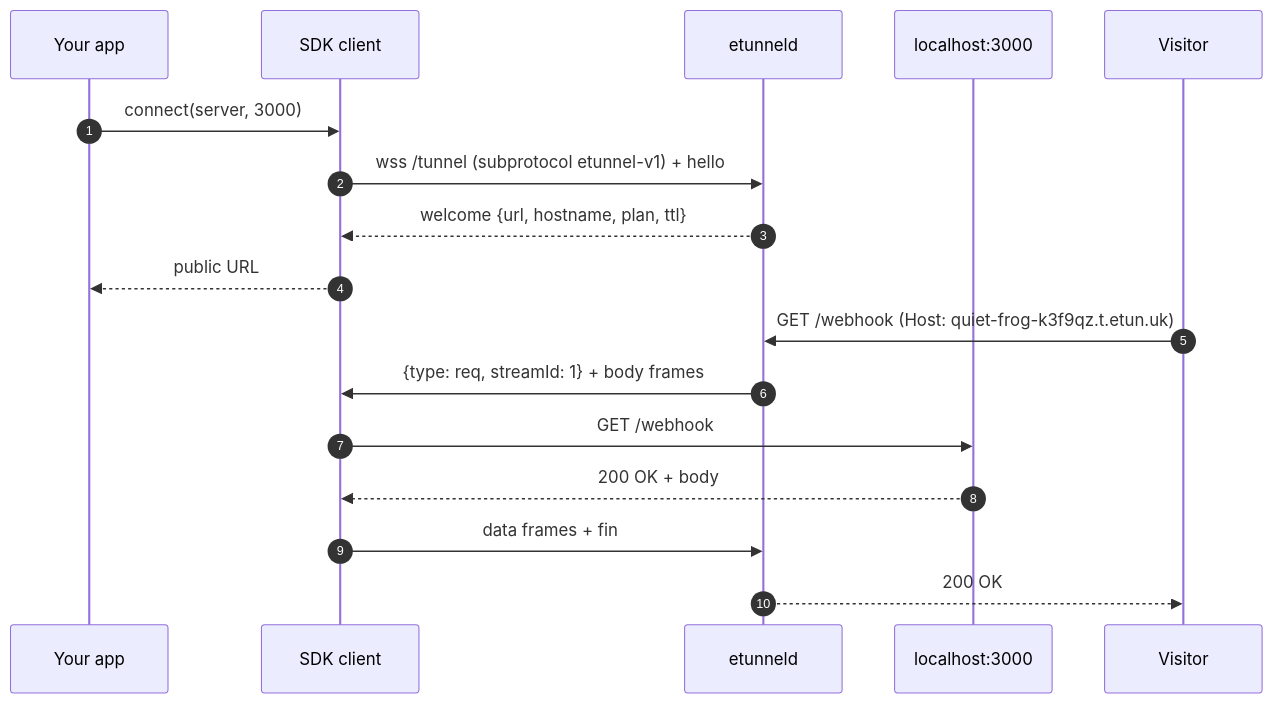
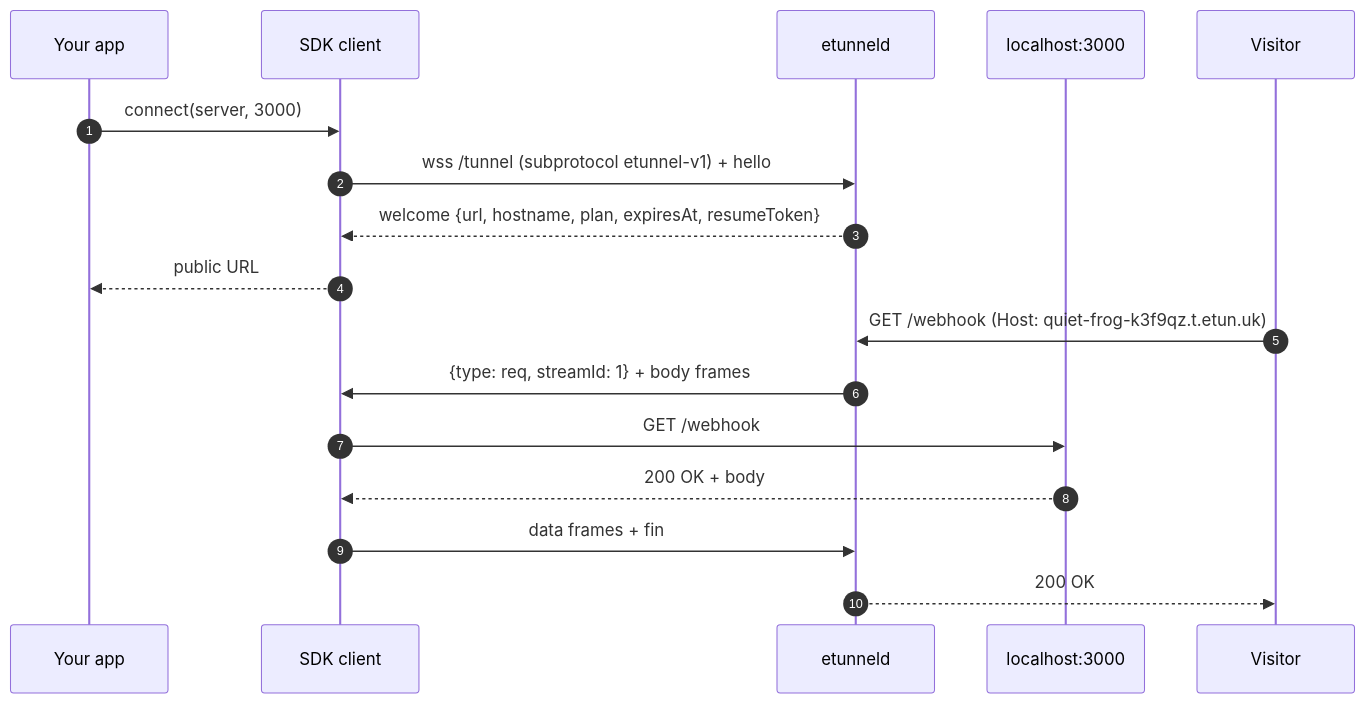
The second of 2 diagrams in README.md (topcheer/etunnel), drawn with Mermaid before and after one commit. The commit also changed other lines of this file and 8 other files, not shown here.

````diff
--- a/README.md
+++ b/README.md
@@ -54,21 +59,21 @@
 ```mermaid
 sequenceDiagram
     autonumber
     participant App as Your app
     participant SDK as SDK client
     participant Edge as etunneld
     participant Local as localhost:3000
     participant V as Visitor
 
     App->>SDK: connect(server, 3000)
     SDK->>Edge: wss /tunnel (subprotocol etunnel-v1) + hello
-    Edge-->>SDK: welcome {url, hostname, plan, ttl}
+    Edge-->>SDK: welcome {url, hostname, plan, expiresAt, resumeToken}
     SDK-->>App: public URL
 
     V->>Edge: GET /webhook (Host: quiet-frog-k3f9qz.t.etun.uk)
     Edge->>SDK: {type: req, streamId: 1} + body frames
     SDK->>Local: GET /webhook
     Local-->>SDK: 200 OK + body
     SDK->>Edge: data frames + fin
     Edge-->>V: 200 OK
 ```
````
